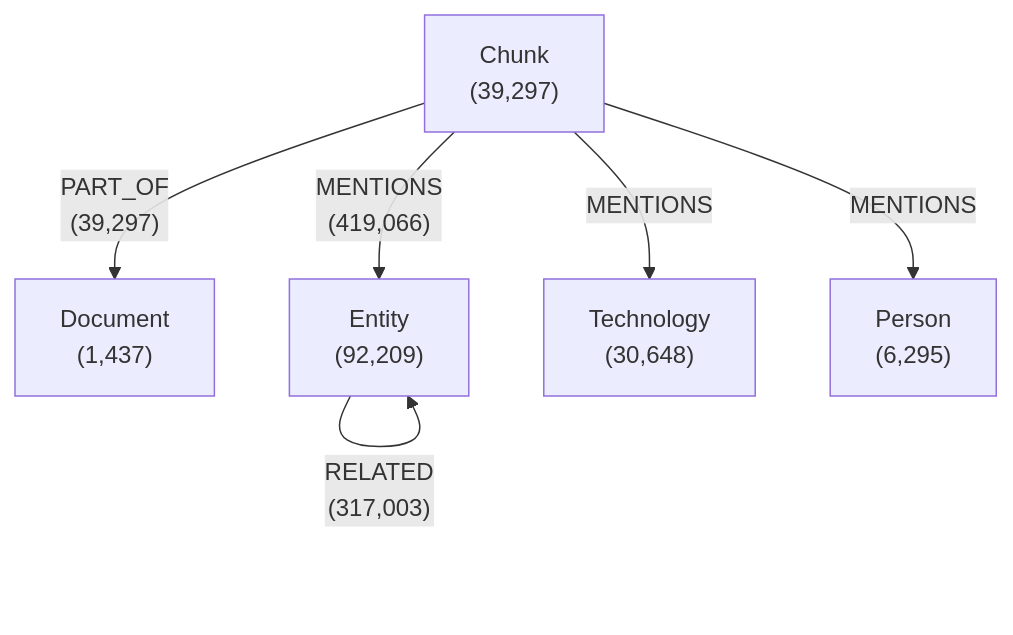
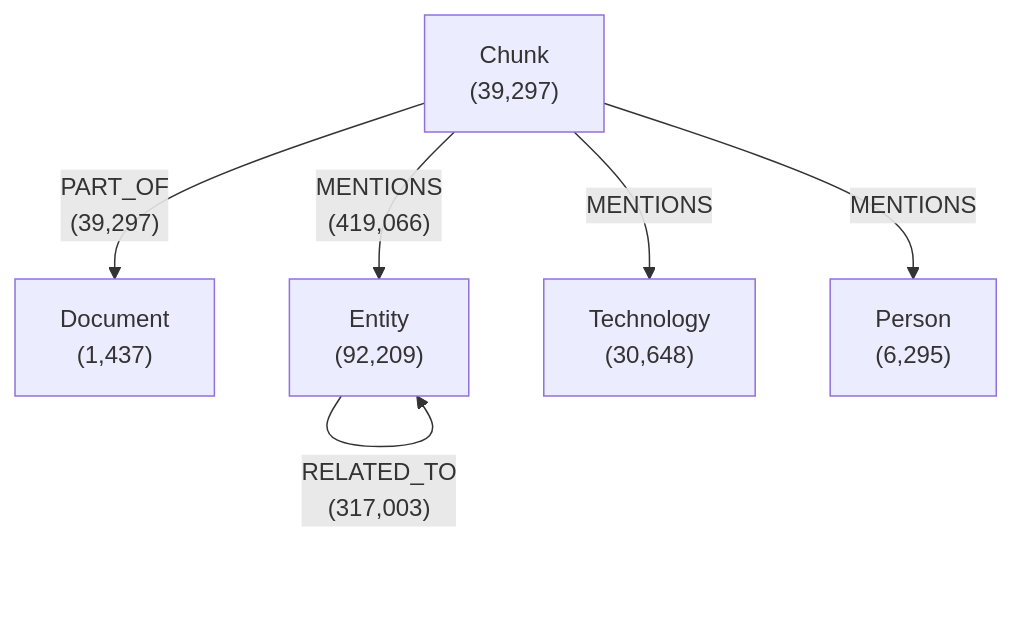
One commit to k82022603/hybrid-rag-knowledge-ops changed the third of 4 diagrams in knowledge_service/docs/08_deliverables/06_database_design.md. Above: the diagram before and after it, drawn with Mermaid. The commit also changed other lines of this file and 5 other files, not shown here.

````diff
--- a/knowledge_service/docs/08_deliverables/06_database_design.md
+++ b/knowledge_service/docs/08_deliverables/06_database_design.md
@@ -524,14 +524,14 @@
 ```mermaid
 graph TB
     Document["Document<br/>(1,437)"]
     Chunk["Chunk<br/>(39,297)"]
     Entity["Entity<br/>(92,209)"]
     Technology["Technology<br/>(30,648)"]
     Person["Person<br/>(6,295)"]
 
     Chunk -->|"PART_OF<br/>(39,297)"| Document
     Chunk -->|"MENTIONS<br/>(419,066)"| Entity
     Chunk -->|"MENTIONS"| Technology
     Chunk -->|"MENTIONS"| Person
-    Entity -->|"RELATED<br/>(317,003)"| Entity
+    Entity -->|"RELATED_TO<br/>(317,003)"| Entity
 ```
````
